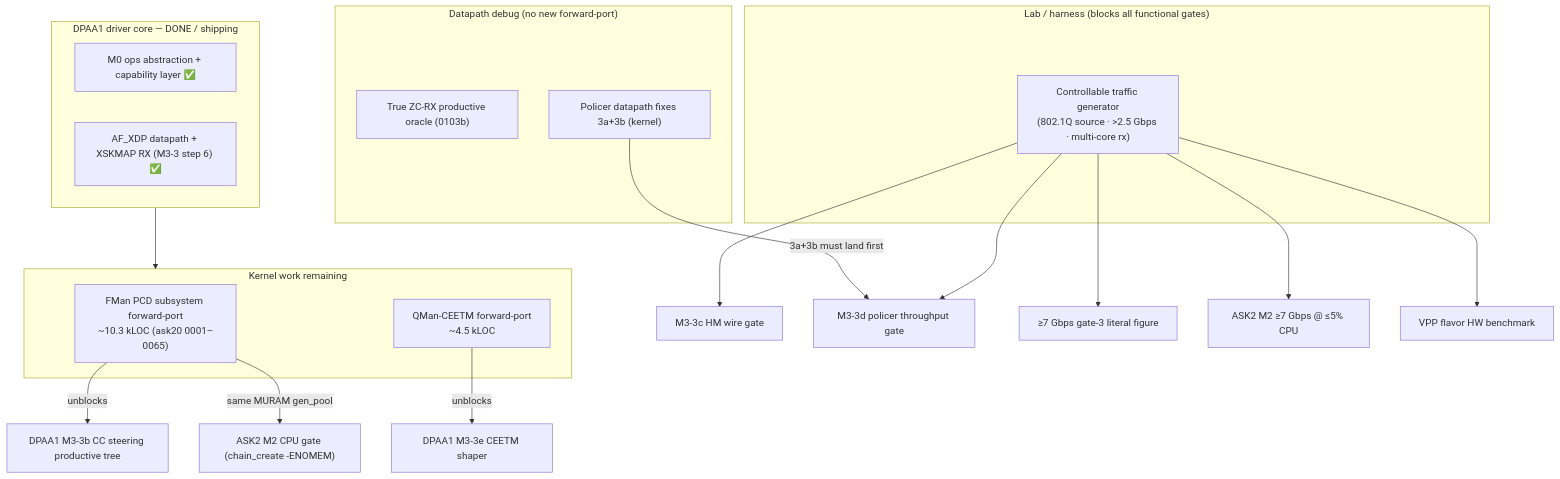
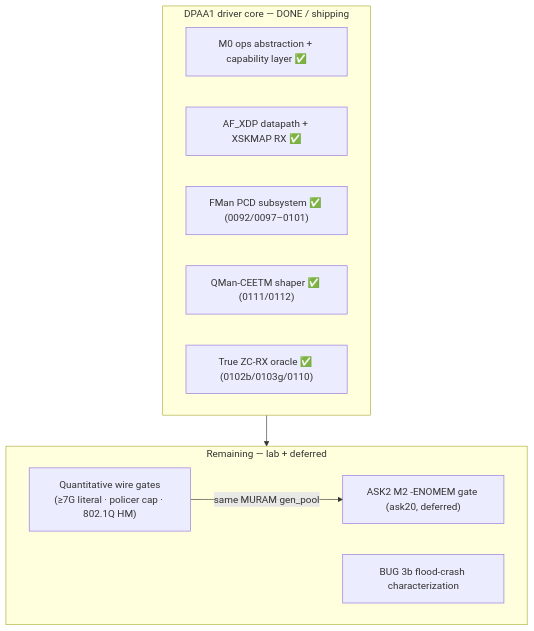
One commit to Daegara/vyos-ls1046a-build changed the diagram in plans/COMPLETION-PLAN.md. Above: the diagram before and after it, drawn with Mermaid. The commit also changed other lines of this file and 28 other files, not shown here.

````diff
--- a/plans/COMPLETION-PLAN.md
+++ b/plans/COMPLETION-PLAN.md
@@ -42,29 +42,17 @@
 ```mermaid
 graph TD
     subgraph CORE["DPAA1 driver core — DONE / shipping"]
         M0["M0 ops abstraction + capability layer ✅"]
-        AFXDP["AF_XDP datapath + XSKMAP RX (M3-3 step 6) ✅"]
+        AFXDP["AF_XDP datapath + XSKMAP RX ✅"]
+        PCD["FMan PCD subsystem ✅ (0092/0097–0101)"]
+        CEETM["QMan-CEETM shaper ✅ (0111/0112)"]
+        ZC["True ZC-RX oracle ✅ (0102b/0103g/0110)"]
     end
-    subgraph KW["Kernel work remaining"]
-        PCD["FMan PCD subsystem forward-port<br/>~10.3 kLOC (ask20 0001–0065)"]
-        CEETM["QMan-CEETM forward-port<br/>~4.5 kLOC"]
+    subgraph OPEN["Remaining — lab + deferred"]
+        GEN["Quantitative wire gates<br/>(≥7G literal · policer cap · 802.1Q HM)"]
+        FLOOD["BUG 3b flood-crash characterization"]
+        ASK2["ASK2 M2 -ENOMEM gate (ask20, deferred)"]
     end
-    subgraph DBG["Datapath debug (no new forward-port)"]
-        ZC["True ZC-RX productive oracle (0103b)"]
-        POLM["Policer datapath fixes 3a+3b (kernel)"]
-    end
-    subgraph LAB["Lab / harness (blocks all functional gates)"]
-        GEN["Controllable traffic generator<br/>(802.1Q source · >2.5 Gbps · multi-core rx)"]
-    end
-
-    CORE --> KW
-    PCD -->|unblocks| CC["DPAA1 M3-3b CC steering productive tree"]
-    PCD -->|same MURAM gen_pool| ASK2["ASK2 M2 CPU gate (chain_create -ENOMEM)"]
-    CEETM -->|unblocks| SHAPE["DPAA1 M3-3e CEETM shaper"]
-    GEN --> HMG["M3-3c HM wire gate"]
-    GEN --> POLG["M3-3d policer throughput gate"]
-    POLM -->|3a+3b must land first| POLG
-    GEN --> G3["≥7 Gbps gate-3 literal figure"]
-    GEN --> ASK2M2["ASK2 M2 ≥7 Gbps @ ≤5% CPU"]
-    GEN --> VPPB["VPP flavor HW benchmark"]
+    CORE --> OPEN
+    GEN -->|same MURAM gen_pool| ASK2
 ```
````
